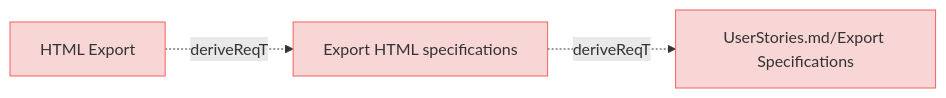
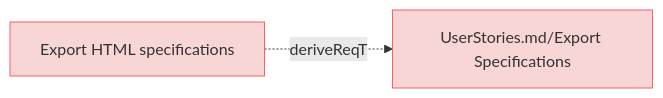
One commit to reqvire-org/reqvire changed the seventh of 9 diagrams in specifications/UserRequirements.md. Above: the diagram before and after it, drawn with Mermaid. The commit also changed other lines of this file and 65 other files, not shown here.

Commit message:
Diagram generation bug fix: there were opposite relations included.

````diff
--- a/specifications/UserRequirements.md
+++ b/specifications/UserRequirements.md
@@ -758,20 +606,16 @@
 ```mermaid
 graph LR;
   %% Graph styling
   classDef requirement fill:#f9d6d6,stroke:#f55f5f,stroke-width:1px;
   classDef verification fill:#d6f9d6,stroke:#5fd75f,stroke-width:1px;
   classDef externalLink fill:#d0e0ff,stroke:#3080ff,stroke-width:1px;
   classDef default fill:#f5f5f5,stroke:#333333,stroke-width:1px;
 
-  72c7eda618["Export HTML specifications"];
-  click 72c7eda618 "UserRequirements.md#export-html-specifications";
-  class 72c7eda618 requirement;
-  100197ce81["UserStories.md/Export Specifications"];
-  class 100197ce81 requirement;
-  click 100197ce81 "UserStories.md#export-specifications";
-  72c7eda618 -.->|deriveReqT| 100197ce81;
-  c8b6ccc187["HTML Export"];
-  class c8b6ccc187 requirement;
-  click c8b6ccc187 "SystemRequirements/Requirements.md#html-export";
-  c8b6ccc187 -.->|deriveReqT| 72c7eda618;
+  72c7eda6183f0893["Export HTML specifications"];
+  click 72c7eda6183f0893 "UserRequirements.md#export-html-specifications";
+  class 72c7eda6183f0893 requirement;
+  100197ce818804["UserStories.md/Export Specifications"];
+  class 100197ce818804 requirement;
+  click 100197ce818804 "UserStories.md#export-specifications";
+  72c7eda6183f0893 -.->|deriveReqT| 100197ce818804;
 ```
````
